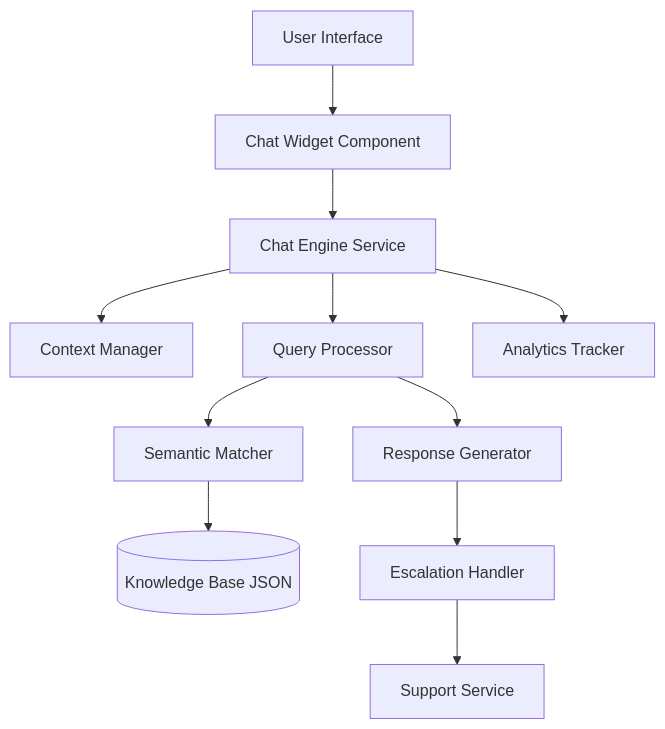
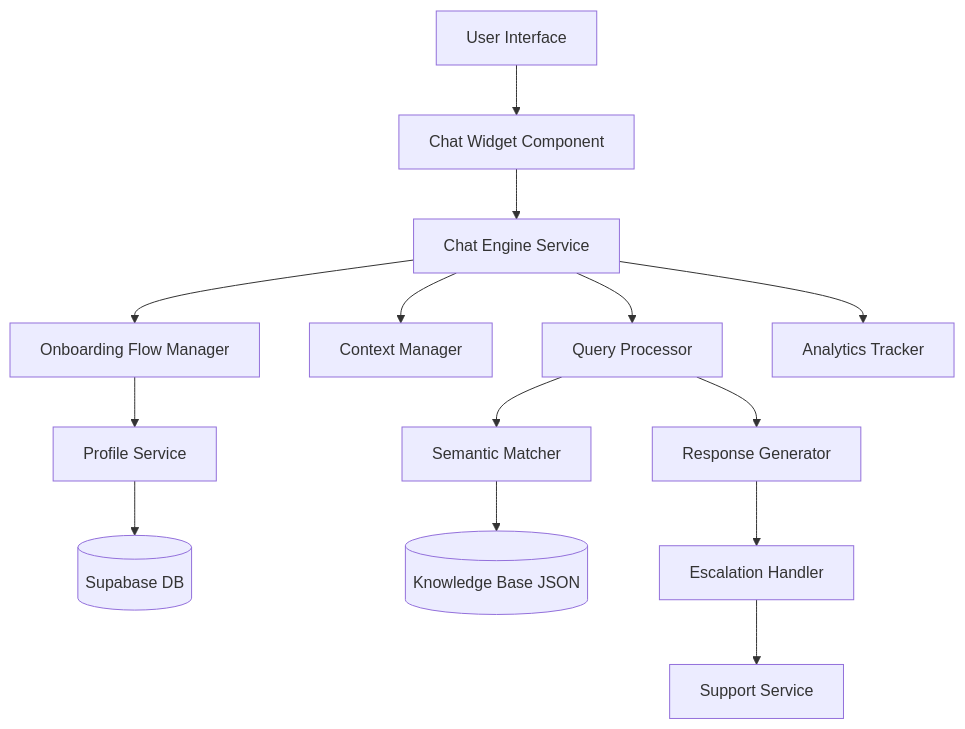
Before and after one commit to lochtech-ke/GangGreen-Heroes: the first of 2 diagrams in .kiro/specs/onboarding-chatbot/design.md, drawn with Mermaid. The commit also changed other lines of this file and 30 other files, not shown here.

````diff
--- a/.kiro/specs/onboarding-chatbot/design.md
+++ b/.kiro/specs/onboarding-chatbot/design.md
@@ -11,13 +11,16 @@
 ```mermaid
 graph TB
     User[User Interface] --> ChatWidget[Chat Widget Component]
     ChatWidget --> ChatEngine[Chat Engine Service]
+    ChatEngine --> OnboardingFlow[Onboarding Flow Manager]
+    OnboardingFlow --> ProfileService[Profile Service]
+    ProfileService --> Supabase[(Supabase DB)]
     ChatEngine --> ContextMgr[Context Manager]
     ChatEngine --> QueryProcessor[Query Processor]
     QueryProcessor --> Matcher[Semantic Matcher]
     Matcher --> KnowledgeBase[(Knowledge Base JSON)]
     QueryProcessor --> ResponseGen[Response Generator]
     ResponseGen --> Escalation[Escalation Handler]
     Escalation --> Support[Support Service]
     ChatEngine --> Analytics[Analytics Tracker]
 ```
````
